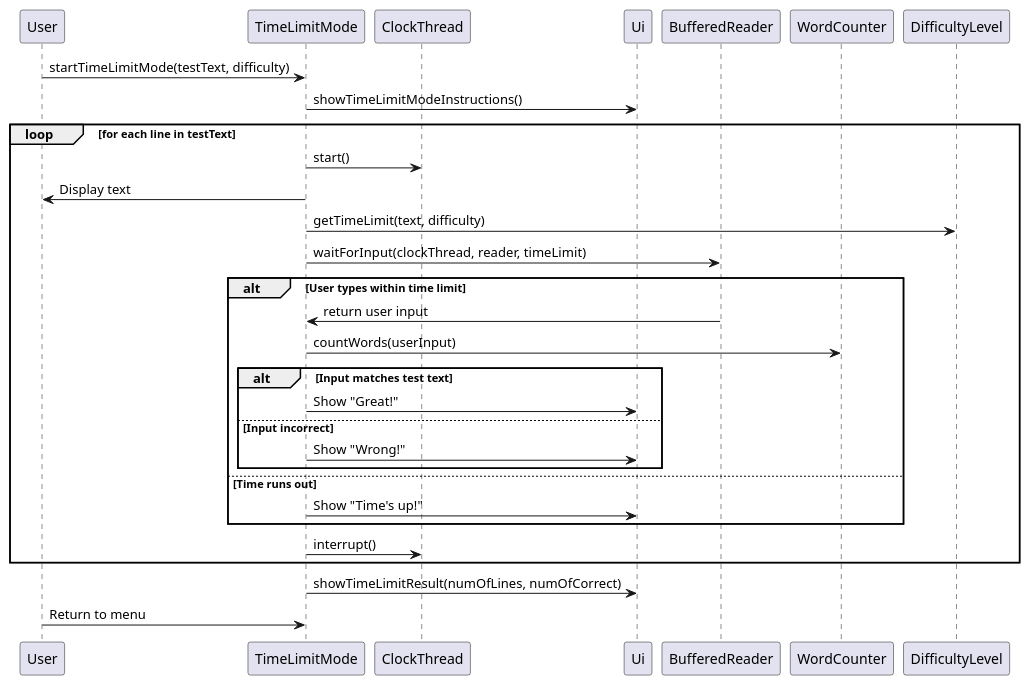
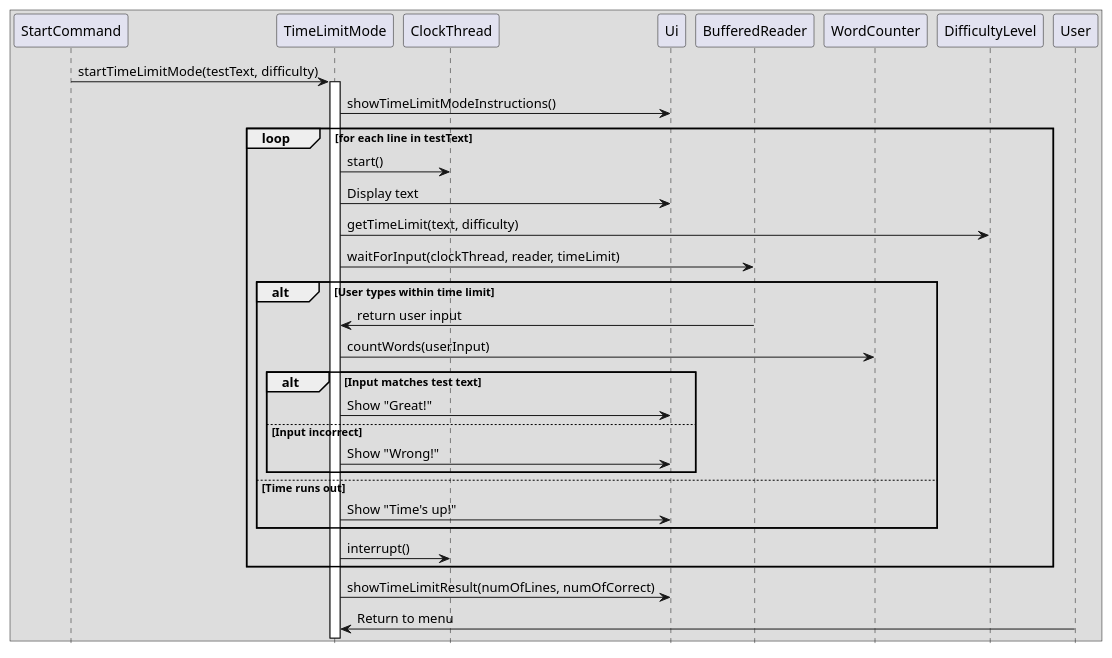
Before and after one commit to AY2425S2-CS2113-F13-2/tp: the diagram in docs/diagrams/SeqDiagramTimeLimitMode.puml, drawn with PlantUML. The commit also changed 7 other files, not shown here.

```diff
--- a/docs/diagrams/SeqDiagramTimeLimitMode.puml
+++ b/docs/diagrams/SeqDiagramTimeLimitMode.puml
@@ -1,34 +1,39 @@
 @startuml
+'https://plantuml.com/sequence-diagram
+hide footbox
 
-participant User
+box
+participant StartCommand
 participant TimeLimitMode
 participant ClockThread
 participant Ui
 participant BufferedReader
 participant WordCounter
 participant DifficultyLevel
 
-User -> TimeLimitMode: startTimeLimitMode(testText, difficulty)
+StartCommand -> TimeLimitMode: startTimeLimitMode(testText, difficulty)
+activate TimeLimitMode
 TimeLimitMode -> Ui: showTimeLimitModeInstructions()
 loop for each line in testText
     TimeLimitMode -> ClockThread: start()
-    TimeLimitMode -> User: Display text
+    TimeLimitMode -> Ui: Display text
     TimeLimitMode -> DifficultyLevel: getTimeLimit(text, difficulty)
     TimeLimitMode -> BufferedReader: waitForInput(clockThread, reader, timeLimit)
     alt User types within time limit
         BufferedReader -> TimeLimitMode: return user input
         TimeLimitMode -> WordCounter: countWords(userInput)
         alt Input matches test text
             TimeLimitMode -> Ui: Show "Great!"
         else Input incorrect
             TimeLimitMode -> Ui: Show "Wrong!"
         end
     else Time runs out
         TimeLimitMode -> Ui: Show "Time's up!"
     end
     TimeLimitMode -> ClockThread: interrupt()
 end
 TimeLimitMode -> Ui: showTimeLimitResult(numOfLines, numOfCorrect)
 User -> TimeLimitMode: Return to menu
 
+end box
 @enduml
```
